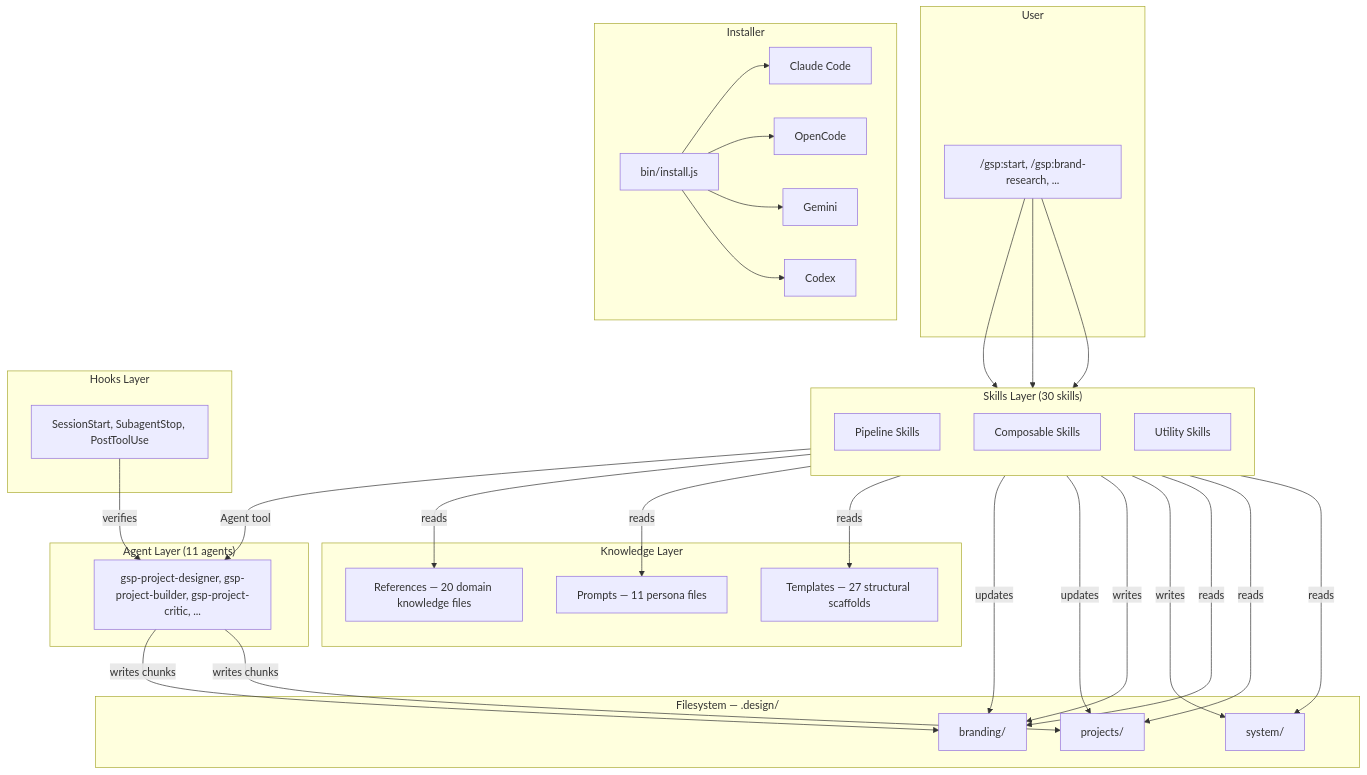
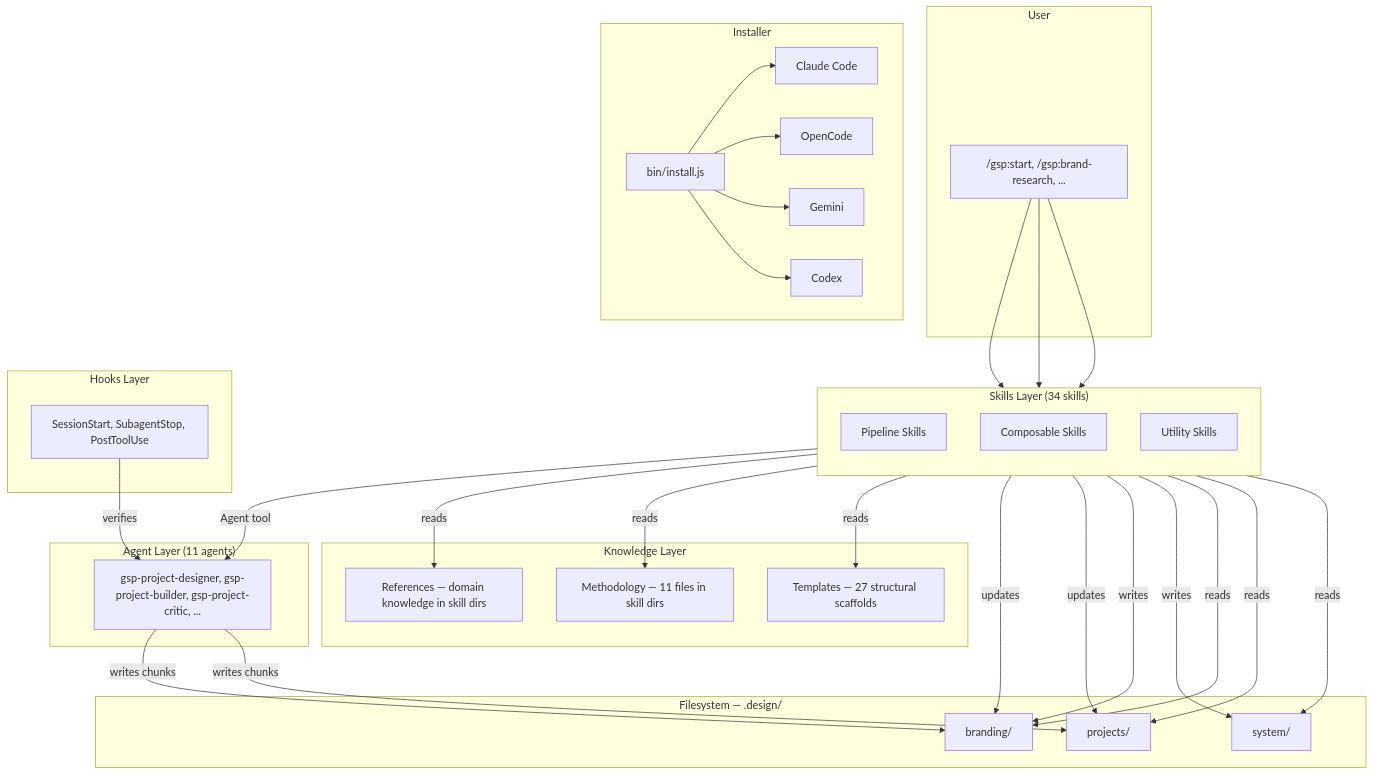
One commit to jubscodes/get-shit-pretty changed the first of 8 diagrams in ARCHITECTURE.md. Above: the diagram before and after it, drawn with Mermaid. The commit also changed 2 other files, not shown here.

Commit message:
docs: update counts and descriptions across README, ARCHITECTURE, audit skill
Sync agent counts (11), skill counts (34), agent table, repo structure,
and knowledge layer descriptions to reflect current architecture:
stub agents, methodology in skill dirs, 3 eliminated agents, launch removed.

````diff
--- a/ARCHITECTURE.md
+++ b/ARCHITECTURE.md
@@ -5,51 +5,51 @@
 ```mermaid
 graph TB
     subgraph "User"
         CLI["/gsp:start, /gsp:brand-research, ..."]
     end
 
-    subgraph "Skills Layer (30 skills)"
+    subgraph "Skills Layer (34 skills)"
         direction TB
         PS[Pipeline Skills]
         CS[Composable Skills]
         US[Utility Skills]
     end
 
     subgraph "Agent Layer (11 agents)"
         AG[gsp-project-designer, gsp-project-builder, gsp-project-critic, ...]
     end
 
     subgraph "Knowledge Layer"
-        PR[Prompts — 11 persona files]
-        RF[References — 20 domain knowledge files]
+        PR[Methodology — 11 files in skill dirs]
+        RF[References — domain knowledge in skill dirs]
         TM[Templates — 27 structural scaffolds]
     end
 
     subgraph "Hooks Layer"
         HK[SessionStart, SubagentStop, PostToolUse]
     end
 
     subgraph "Filesystem — .design/"
         BR[branding/]
         PJ[projects/]
         SY[system/]
     end
 
     subgraph "Installer"
         INS[bin/install.js]
         CC[Claude Code]
         OC[OpenCode]
         GE[Gemini]
         CX[Codex]
     end
 
     CLI --> PS & CS & US
     PS -->|"Agent tool"| AG
     AG -->|writes chunks| BR & PJ
     PS -->|reads| RF & PR & TM
     PS -->|updates| BR & PJ
     CS -->|writes| BR & SY
     US -->|reads| BR & PJ & SY
     HK -->|verifies| AG
     INS --> CC & OC & GE & CX
 ```
````
